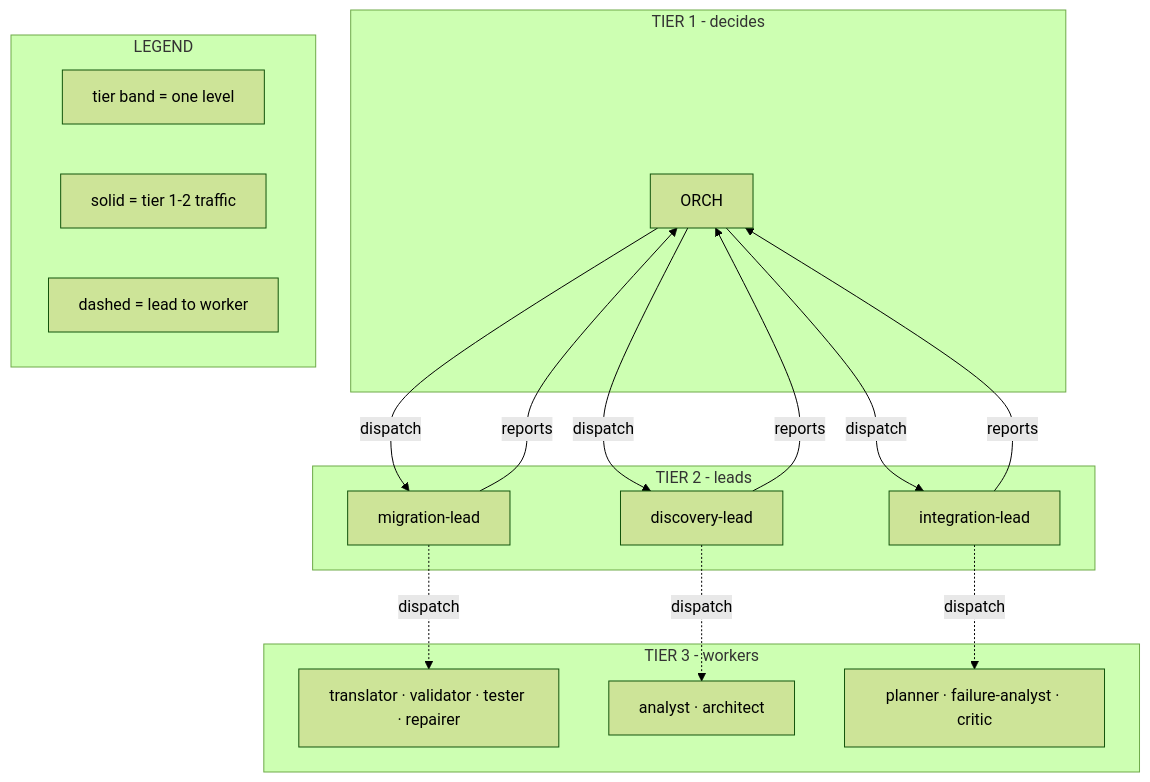
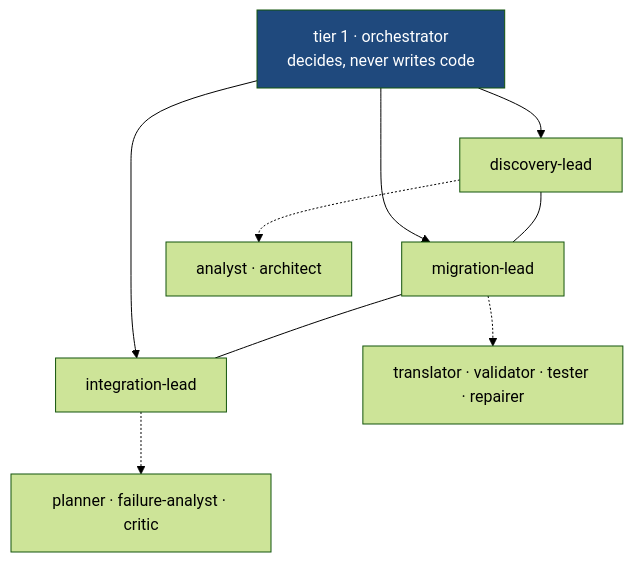
Before and after one commit to NTDuck/ARCMiS: the first of 6 diagrams in docs/slides/slides.md, drawn with Mermaid (forest theme). The commit also changed other lines of this file and 235 other files, not shown here.

````diff
--- a/docs/slides/slides.md
+++ b/docs/slides/slides.md
@@ -271,30 +251,13 @@
 ```mermaid
 flowchart TB
-  subgraph T1["TIER 1 - decides"]
-    ORCH["ORCH"]
-  end
-  subgraph T2["TIER 2 - leads"]
-    L1["migration-lead"]
-    L2["discovery-lead"]
-    L3["integration-lead"]
-  end
-  subgraph T3["TIER 3 - workers"]
-    S1["translator · validator · tester · repairer"]
-    S2["analyst · architect"]
-    S3["planner · failure-analyst · critic"]
-  end
-  ORCH -->|"dispatch"| L1
-  ORCH -->|"dispatch"| L2
-  ORCH -->|"dispatch"| L3
-  L1 -->|"reports"| ORCH
-  L2 -->|"reports"| ORCH
-  L3 -->|"reports"| ORCH
-  L1 -.->|"dispatch"| S1
-  L2 -.->|"dispatch"| S2
-  L3 -.->|"dispatch"| S3
-  subgraph LEGEND["LEGEND"]
-    L1x["tier band = one level"]
-    L2x["solid = tier 1-2 traffic"]
-    L3x["dashed = lead to worker"]
-  end
+  ORCH["tier 1 · orchestrator<br/>decides, never writes code"]
+  L1["discovery-lead"] --- L2["migration-lead"] --- L3["integration-lead"]
+  ORCH --> L1
+  ORCH --> L2
+  ORCH --> L3
+  L1 -.-> S1["analyst · architect"]
+  L2 -.-> S2["translator · validator · tester · repairer"]
+  L3 -.-> S3["planner · failure-analyst · critic"]
+  classDef top fill:#1F497D,color:#fff
+  class ORCH top
 ```
````
